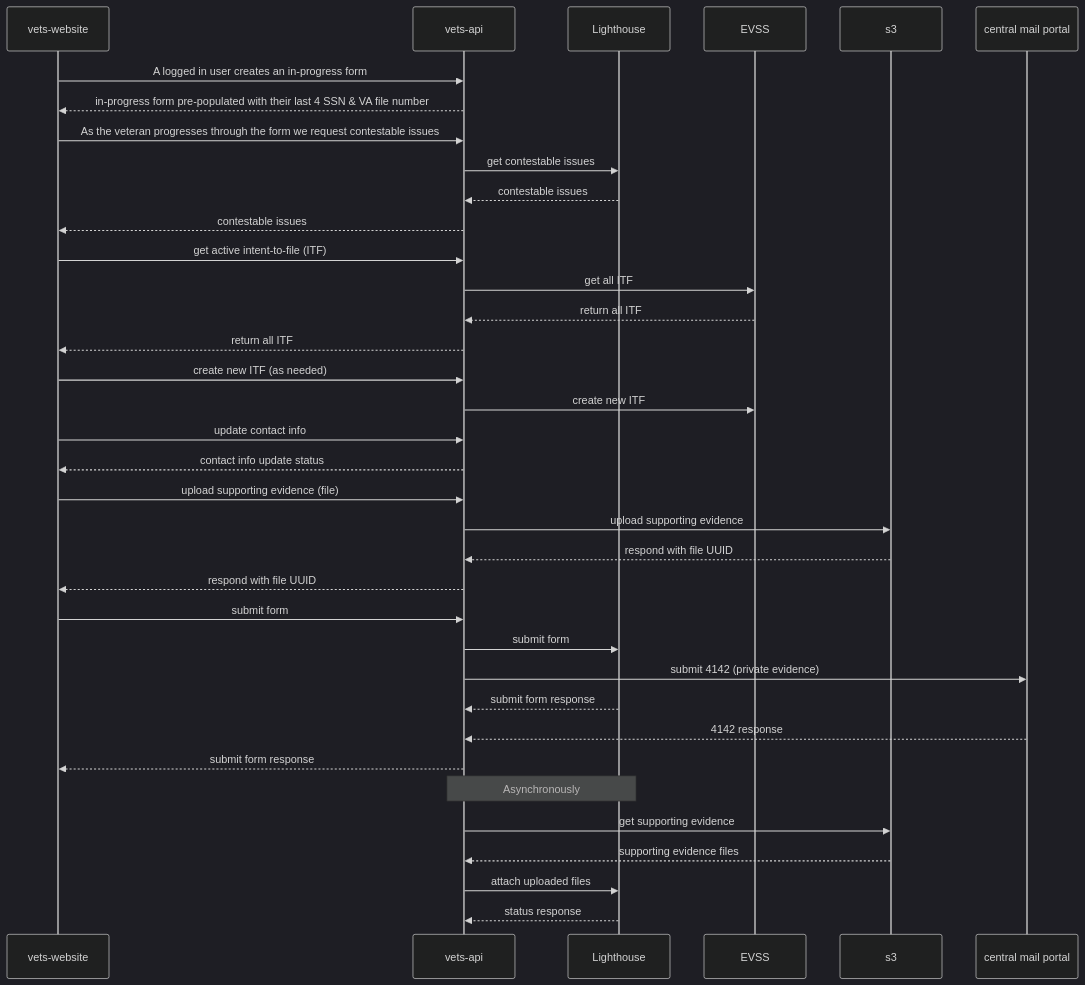
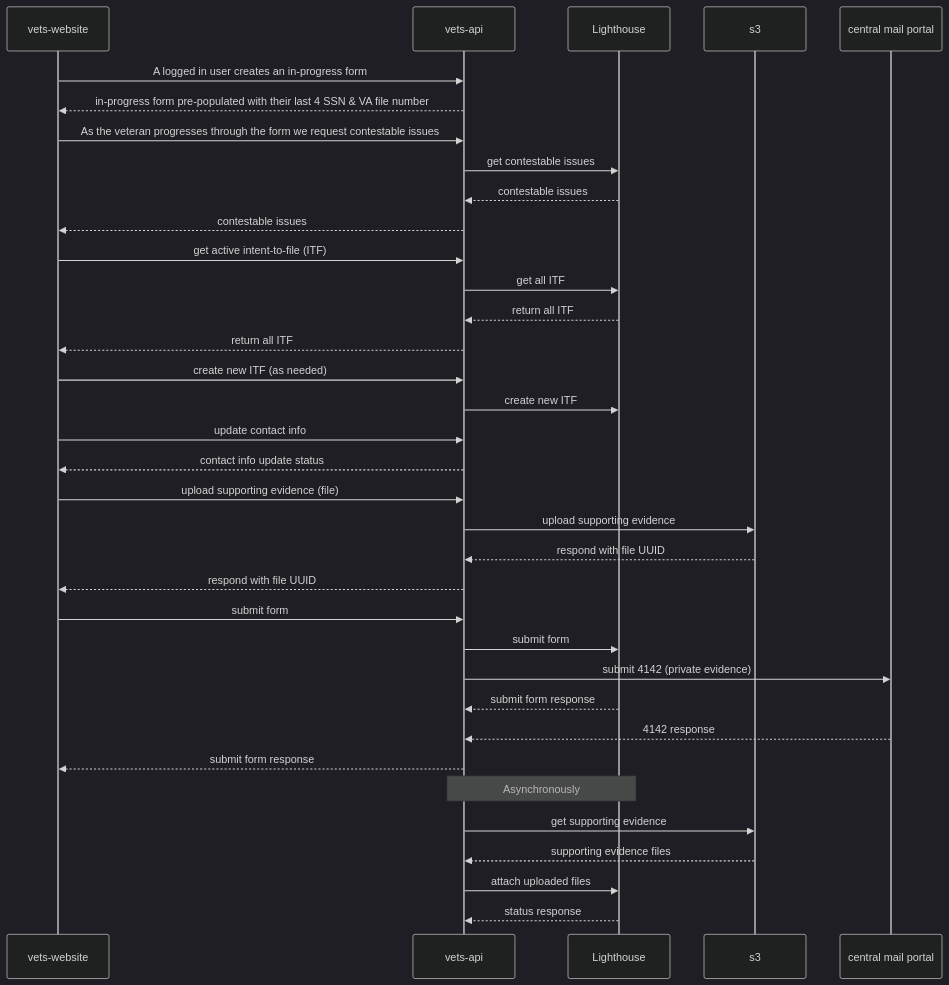
Before and after one commit to department-of-veterans-affairs/va.gov-team: the diagram in products/decision-reviews/Supplemental-Claims/engineering/SC_sequence_diagram.md, drawn with Mermaid (dark theme).

Commit message:
Update SC_sequence_diagram.md
ITF Lighthouse endpoint replaces EVSS

````diff
--- a/products/decision-reviews/Supplemental-Claims/engineering/SC_sequence_diagram.md
+++ b/products/decision-reviews/Supplemental-Claims/engineering/SC_sequence_diagram.md
@@ -3,41 +3,41 @@
 ```mermaid
 sequenceDiagram
 
 vets-website ->> vets-api: A logged in user creates an in-progress form
 
 vets-api -->> vets-website: in-progress form pre-populated with their last 4 SSN & VA file number
 
 vets-website ->> vets-api: As the veteran progresses through the form we request contestable issues
 vets-api ->> Lighthouse: get contestable issues
 Lighthouse -->> vets-api: contestable issues
 vets-api -->> vets-website: contestable issues
 
 vets-website ->> vets-api: get active intent-to-file (ITF)
-vets-api ->> EVSS: get all ITF
-EVSS -->> vets-api: return all ITF
+vets-api ->> Lighthouse: get all ITF
+Lighthouse -->> vets-api: return all ITF
 vets-api -->> vets-website: return all ITF
 vets-website ->> vets-api: create new ITF (as needed)
-vets-api ->> EVSS: create new ITF
+vets-api ->> Lighthouse: create new ITF
 
 vets-website ->> vets-api: update contact info
 vets-api -->> vets-website: contact info update status
 
 vets-website ->> vets-api: upload supporting evidence (file)
 vets-api ->> s3: upload supporting evidence
 
 s3 -->> vets-api: respond with file UUID
 vets-api -->> vets-website: respond with file UUID
 
 vets-website ->> vets-api: submit form
 vets-api ->> Lighthouse: submit form
 vets-api ->> central mail portal: submit 4142 (private evidence)
 Lighthouse -->> vets-api: submit form response
 central mail portal -->> vets-api: 4142 response
 vets-api -->> vets-website: submit form response
 
 note over vets-api,Lighthouse: Asynchronously
 vets-api ->> s3: get supporting evidence
 s3 -->> vets-api: supporting evidence files
 vets-api ->> Lighthouse: attach uploaded files
 Lighthouse -->> vets-api: status response
 ```
````
